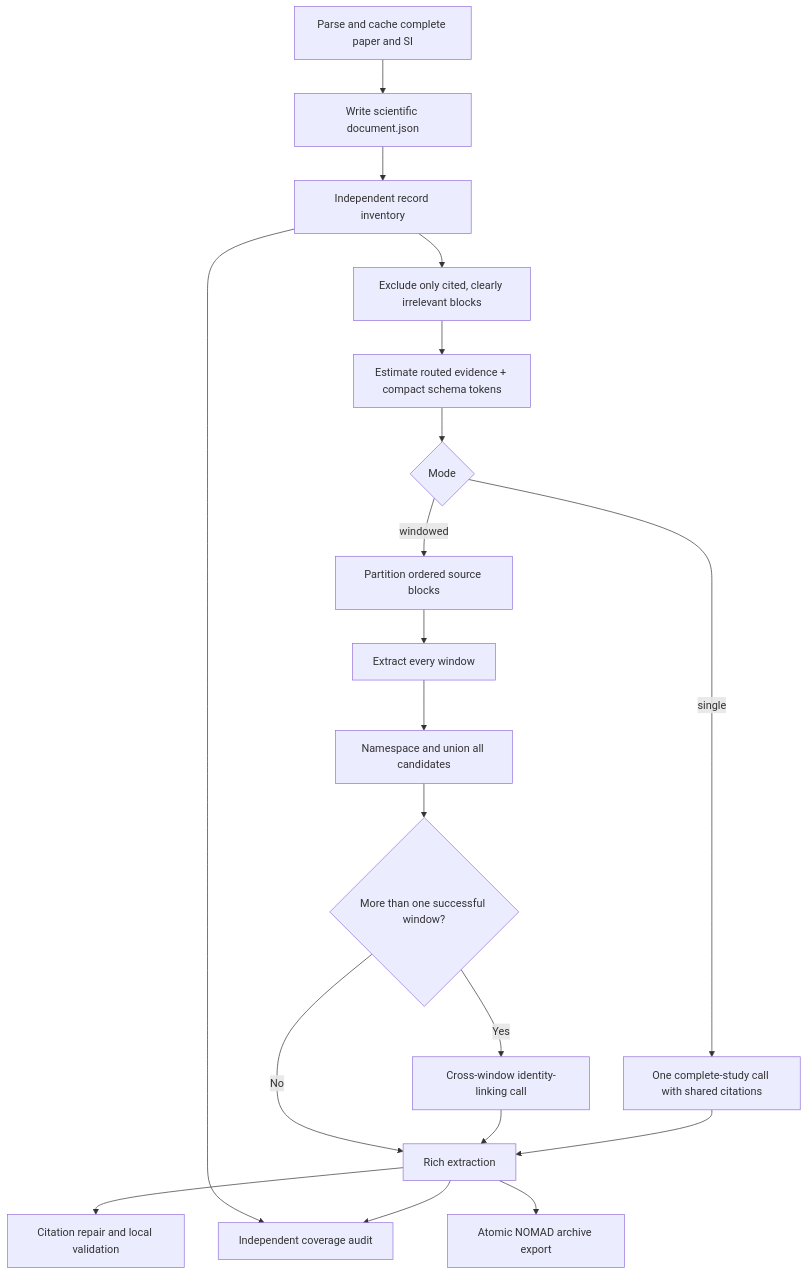
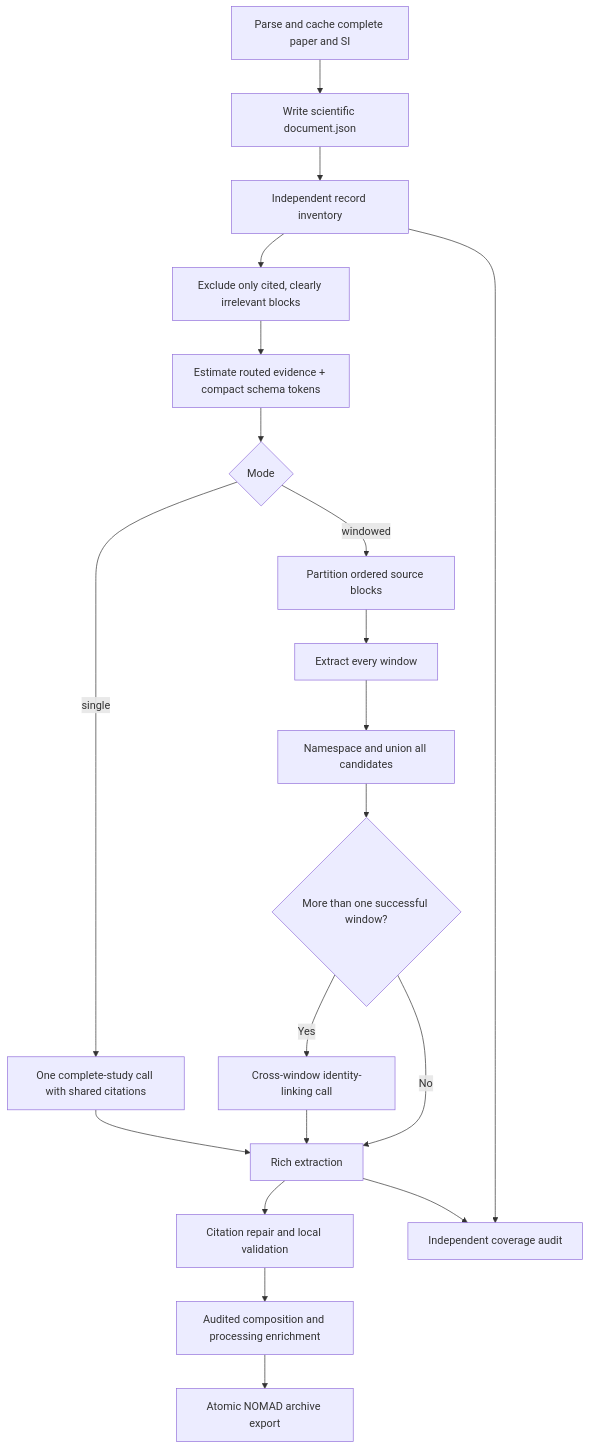
One commit to lamalab-org/perla-extract changed the diagram in docs/workflows/extraction.md. Above: the diagram before and after it, drawn with Mermaid. The commit also changed other lines of this file and 20 other files, not shown here.

Commit message:
feat: add audited extraction enrichment

````diff
--- a/docs/workflows/extraction.md
+++ b/docs/workflows/extraction.md
@@ -11,21 +11,22 @@
 ```mermaid
 flowchart TD
     A["Parse and cache complete paper and SI"] --> B["Write scientific document.json"]
     B --> C0["Independent record inventory"]
     C0 --> C1["Exclude only cited, clearly irrelevant blocks"]
     C1 --> C["Estimate routed evidence + compact schema tokens"]
     C --> D{"Mode"}
     D -->|single| E["One complete-study call with shared citations"]
     D -->|windowed| F["Partition ordered source blocks"]
     F --> G["Extract every window"]
     G --> H["Namespace and union all candidates"]
     H --> I{"More than one successful window?"}
     I -->|Yes| J["Cross-window identity-linking call"]
     I -->|No| K["Rich extraction"]
     J --> K
     E --> K
     K --> L["Citation repair and local validation"]
+    L --> O["Audited composition and processing enrichment"]
     C0 --> N["Independent coverage audit"]
     K --> N
-    K --> M["Atomic NOMAD archive export"]
+    O --> M["Atomic NOMAD archive export"]
 ```
````
